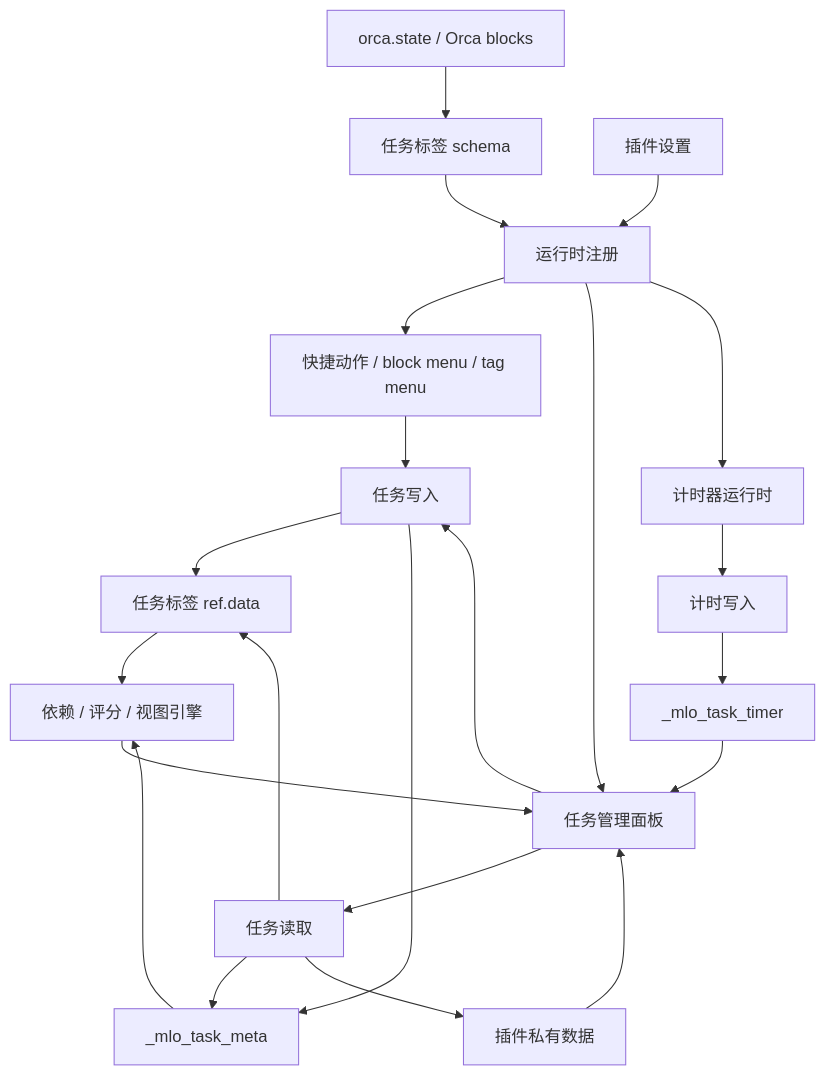
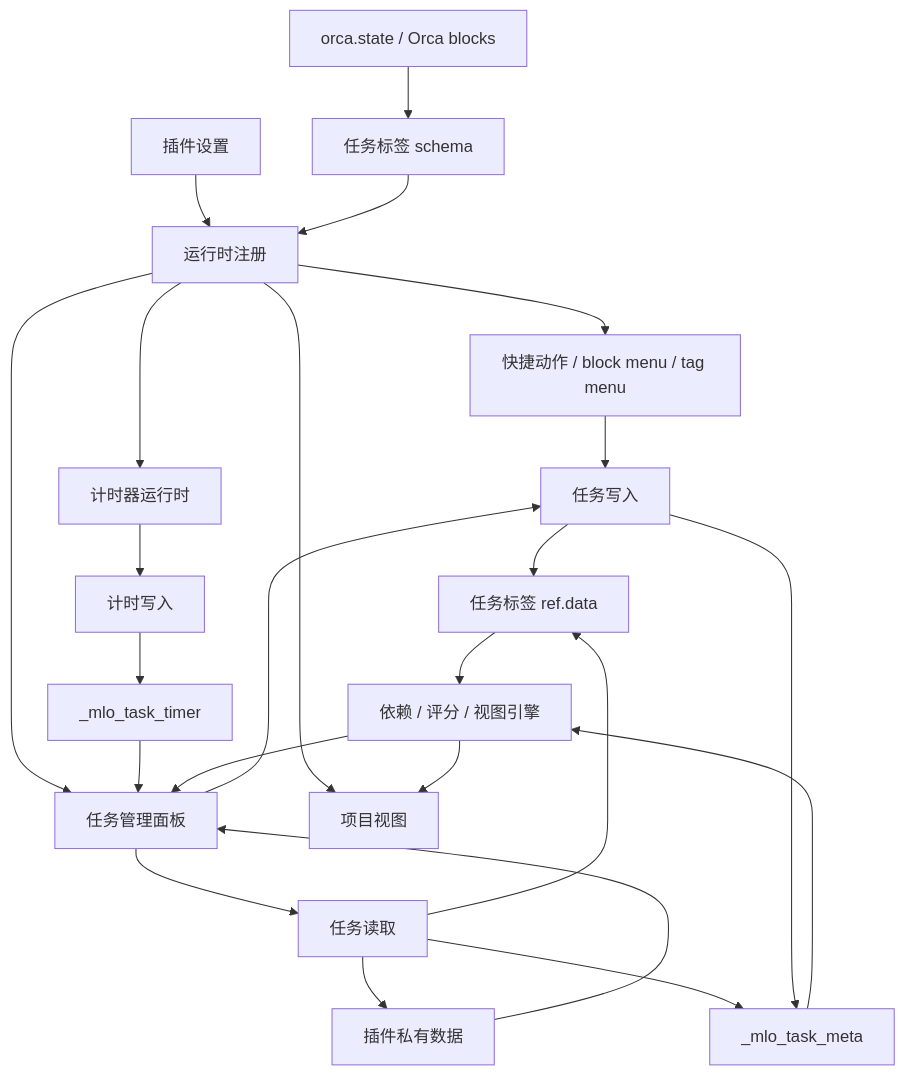
The diagram in doc/数据流/文档索引.md (litcu/orca-plugin-task-planner), drawn with Mermaid before and after one commit. The commit also changed other lines of this file and 25 other files, not shown here.

````diff
--- a/doc/数据流/文档索引.md
+++ b/doc/数据流/文档索引.md
@@ -21,27 +22,29 @@
 ```mermaid
 flowchart TD
   OrcaState["orca.state / Orca blocks"] --> Schema["任务标签 schema"]
   Settings["插件设置"] --> Runtime["运行时注册"]
   Schema --> Runtime
   Runtime --> QuickActions["快捷动作 / block menu / tag menu"]
   Runtime --> Panel["任务管理面板"]
+  Runtime --> ProjectPanel["项目视图"]
   Runtime --> TimerRuntime["计时器运行时"]
 
   QuickActions --> TaskWrite["任务写入"]
   Panel --> TaskRead["任务读取"]
   Panel --> TaskWrite
   TimerRuntime --> TimerWrite["计时写入"]
 
   TaskRead --> RefData["任务标签 ref.data"]
   TaskRead --> Meta["_mlo_task_meta"]
   TaskRead --> PluginData["插件私有数据"]
   TaskWrite --> RefData
   TaskWrite --> Meta
   TimerWrite --> TimerData["_mlo_task_timer"]
 
   RefData --> Engines["依赖 / 评分 / 视图引擎"]
   Meta --> Engines
   TimerData --> Panel
   PluginData --> Panel
   Engines --> Panel
+  Engines --> ProjectPanel
 ```
````
